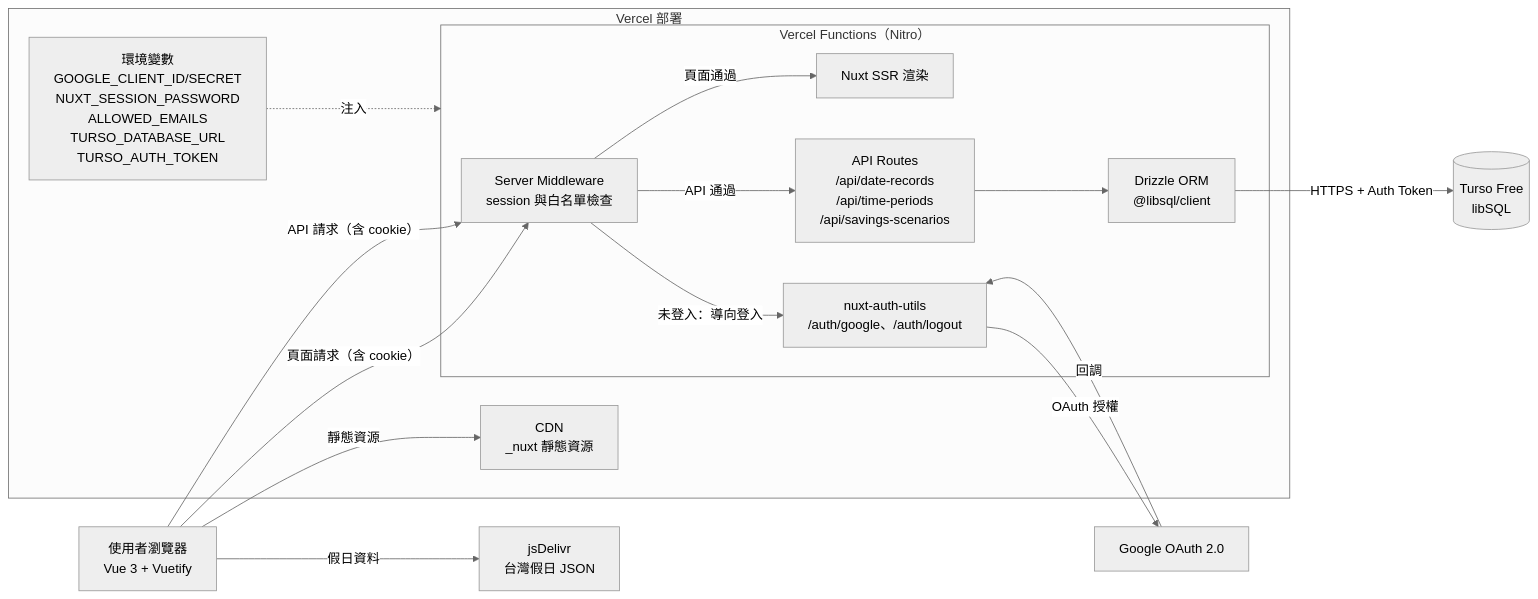
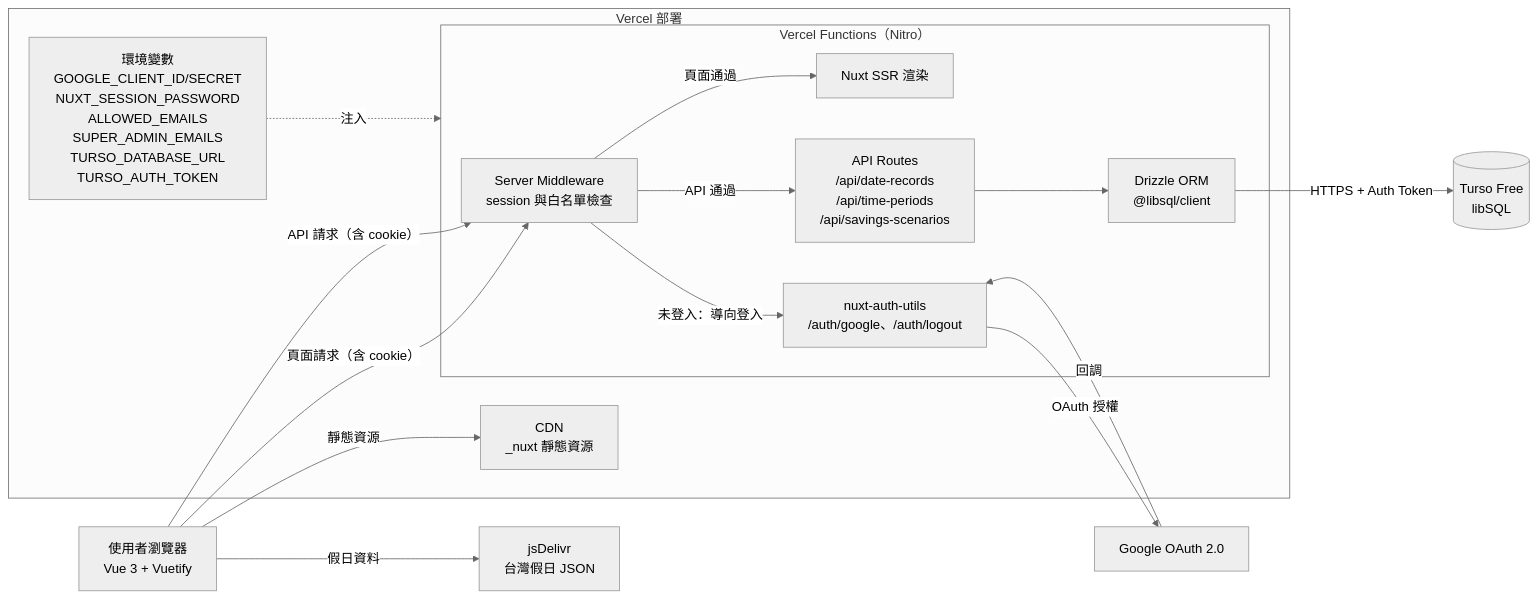
One commit to ioveasdkre/mini-program changed the diagram in docs/architecture.md. Above: the diagram before and after it, drawn with Mermaid (neutral theme). The commit also changed 13 other files, not shown here.

````diff
--- a/docs/architecture.md
+++ b/docs/architecture.md
@@ -3,32 +3,32 @@
 ```mermaid
 flowchart LR
   U["使用者瀏覽器<br/>Vue 3 + Vuetify"]
   JSD["jsDelivr<br/>台灣假日 JSON"]
   GOOGLE["Google OAuth 2.0"]
   TURSO[("Turso Free<br/>libSQL")]
 
   subgraph VERCEL["Vercel 部署"]
     CDN["CDN<br/>_nuxt 靜態資源"]
     subgraph FN["Vercel Functions（Nitro）"]
       MW["Server Middleware<br/>session 與白名單檢查"]
       SSR["Nuxt SSR 渲染"]
       AUTH["nuxt-auth-utils<br/>/auth/google、/auth/logout"]
       API["API Routes<br/>/api/date-records<br/>/api/time-periods<br/>/api/savings-scenarios"]
       ORM["Drizzle ORM<br/>@libsql/client"]
     end
-    ENV["環境變數<br/>GOOGLE_CLIENT_ID/SECRET<br/>NUXT_SESSION_PASSWORD<br/>ALLOWED_EMAILS<br/>TURSO_DATABASE_URL<br/>TURSO_AUTH_TOKEN"]
+    ENV["環境變數<br/>GOOGLE_CLIENT_ID/SECRET<br/>NUXT_SESSION_PASSWORD<br/>ALLOWED_EMAILS<br/>SUPER_ADMIN_EMAILS<br/>TURSO_DATABASE_URL<br/>TURSO_AUTH_TOKEN"]
   end
 
   U -->|"靜態資源"| CDN
   U -->|"頁面請求（含 cookie）"| MW
   U -->|"API 請求（含 cookie）"| MW
   U -->|"假日資料"| JSD
   MW -->|"未登入：導向登入"| AUTH
   MW -->|"頁面通過"| SSR
   MW -->|"API 通過"| API
   AUTH -->|"OAuth 授權"| GOOGLE
   GOOGLE -->|"回調"| AUTH
   API --> ORM
   ORM -->|"HTTPS + Auth Token"| TURSO
   ENV -.->|"注入"| FN
 ```
````
